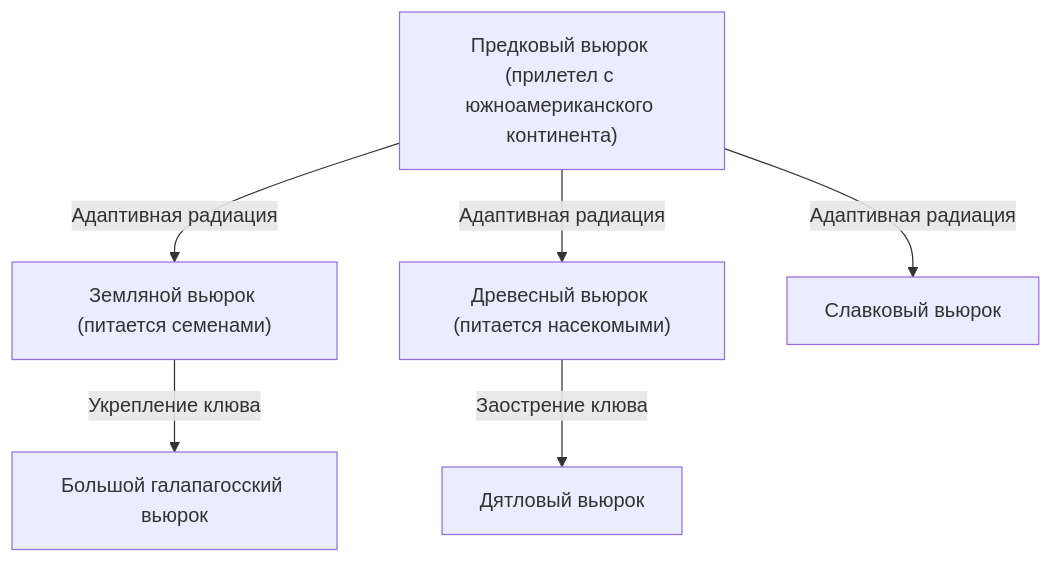
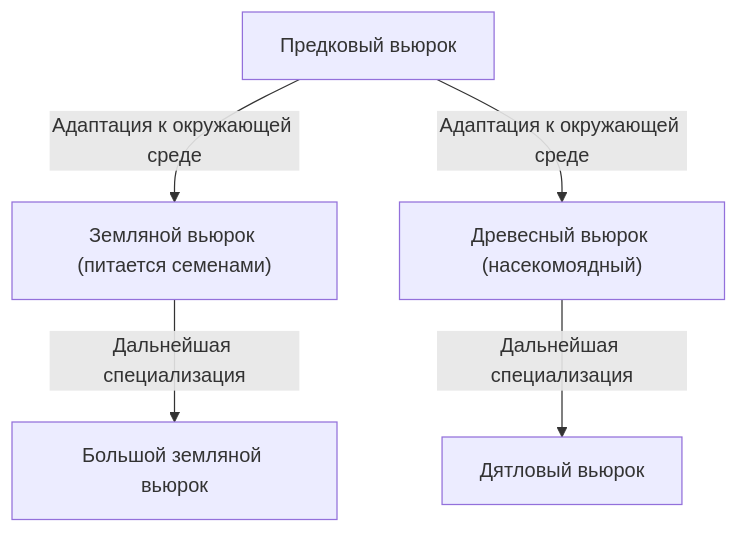
The diagram in content/post/darwins-theory-of-evolution/index.ru.md (kenjinote/blog), drawn with Mermaid before and after one commit. The commit also changed other lines of this file and 129 other files, not shown here.

````diff
--- a/content/post/darwins-theory-of-evolution/index.ru.md
+++ b/content/post/darwins-theory-of-evolution/index.ru.md
@@ -25,9 +27,7 @@
 ```mermaid
 graph TD
-    A["Предковый вьюрок (прилетел с южноамериканского континента)"]
-    A -- "Адаптивная радиация" --> B["Земляной вьюрок (питается семенами)"]
-    A -- "Адаптивная радиация" --> C["Древесный вьюрок (питается насекомыми)"]
-    A -- "Адаптивная радиация" --> D["Славковый вьюрок"]
-    B -- "Укрепление клюва" --> B1["Большой галапагосский вьюрок"]
-    C -- "Заострение клюва" --> C1["Дятловый вьюрок"]
+    A["Предковый вьюрок"] -- "Адаптация к окружающей среде" --> B["Земляной вьюрок (питается семенами)"]
+    A["Предковый вьюрок"] -- "Адаптация к окружающей среде" --> C["Древесный вьюрок (насекомоядный)"]
+    B["Земляной вьюрок (питается семенами)"] -- "Дальнейшая специализация" --> D["Большой земляной вьюрок"]
+    C["Древесный вьюрок (насекомоядный)"] -- "Дальнейшая специализация" --> E["Дятловый вьюрок"]
 ```
````
